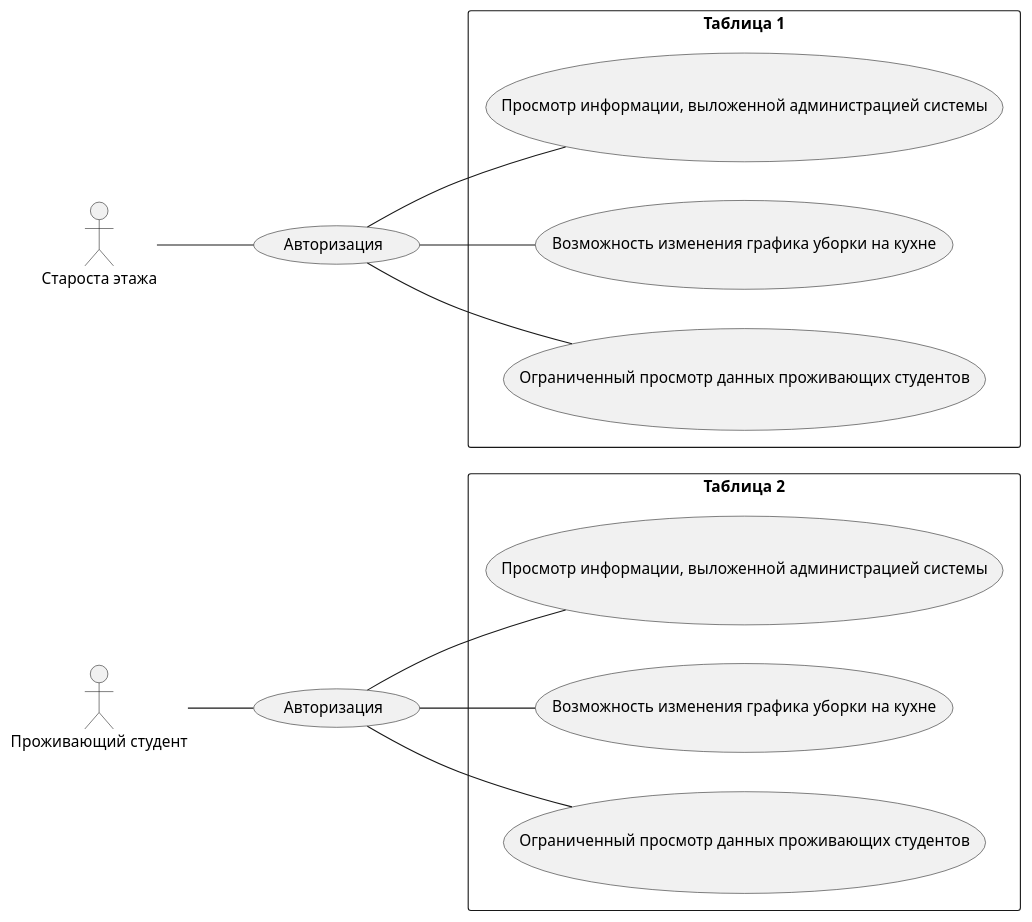
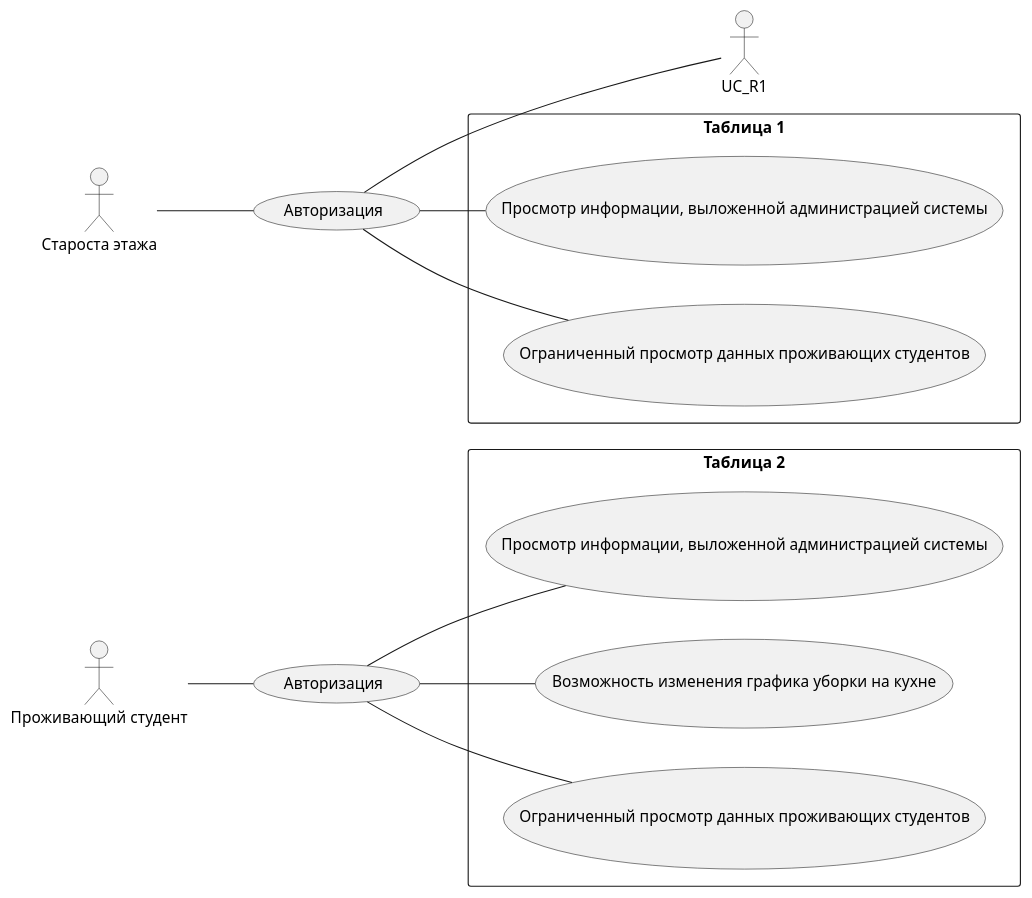
One commit to Mariiyyaa/Giteee- changed the diagram in img/Use-case.puml. Above: the diagram before and after it, drawn with PlantUML.

Commit message:
Добавлен текстовый вывод

```diff
--- a/img/Use-case.puml
+++ b/img/Use-case.puml
@@ -1,31 +1,30 @@
 @startuml
 left to right direction
 skinparam packageStyle rectangle
 actor "Проживающий студент" as User
 usecase "Авторизация" as UC_A
 User -- UC_A
 
 package "Таблица 2" {
     usecase "Просмотр информации, выложенной администрацией системы" as UC_L
     usecase "Возможность изменения графика уборки на кухне" as UC_R
     usecase "Ограниченный просмотр данных проживающих студентов" as UC_Y
 }
 UC_A -- UC_L
 UC_A -- UC_R
 UC_A -- UC_Y
 
 left to right direction
 skinparam packageStyle rectangle
 actor "Староста этажа" as User1
 usecase "Авторизация" as UC_A1
 User1 -- UC_A1
 
 package "Таблица 1" {
     usecase "Просмотр информации, выложенной администрацией системы" as UC_L1
-    usecase "Возможность изменения графика уборки на кухне" as UC_R1
     usecase "Ограниченный просмотр данных проживающих студентов" as UC_Y1
 }
 UC_A1 -- UC_L1
 UC_A1 -- UC_R1
 UC_A1 -- UC_Y1
 @enduml
```
